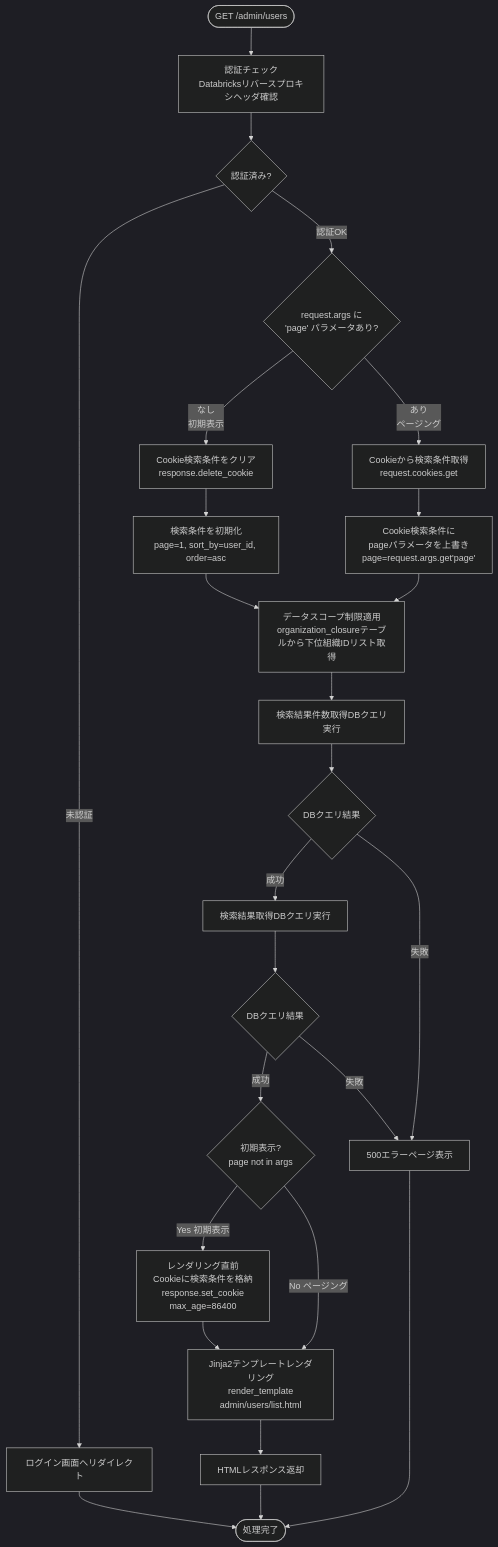
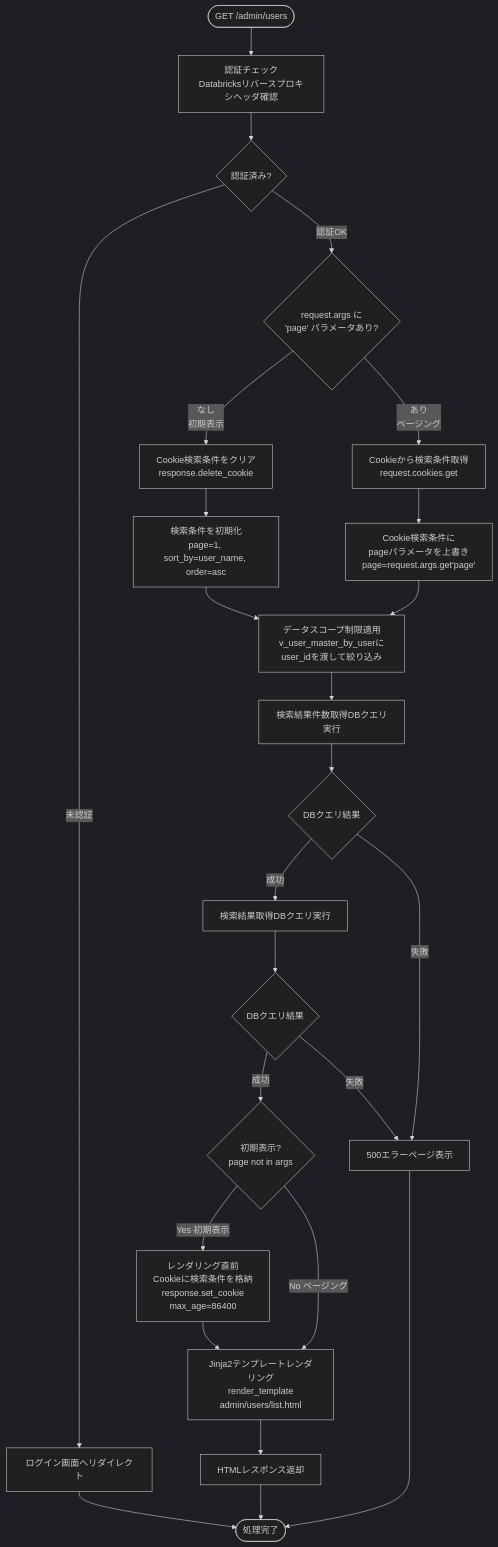
The first of 8 diagrams in docs/03-features/flask-app/users/workflow-specification.md (NSW-SVCP-AIWG002/Databricks-IoT), drawn with Mermaid (dark theme) before and after one commit. The commit also changed other lines of this file and 139 other files, not shown here.

````diff
--- a/docs/03-features/flask-app/users/workflow-specification.md
+++ b/docs/03-features/flask-app/users/workflow-specification.md
@@ -161,38 +161,38 @@
 ```mermaid
 flowchart TD
     Start([GET /admin/users]) --> Auth[認証チェック<br>Databricksリバースプロキシヘッダ確認]
     Auth --> CheckAuth{認証済み?}
     CheckAuth -->|未認証| LoginRedirect[ログイン画面へリダイレクト]
 
     CheckAuth -->|認証OK| CheckPage{request.args に<br>'page' パラメータあり?}
 
     CheckPage -->|なし<br>初期表示| ClearCookie[Cookie検索条件をクリア<br>response.delete_cookie]
     CheckPage -->|あり<br>ページング| GetCookie[Cookieから検索条件取得<br>request.cookies.get]
 
-    ClearCookie --> InitParams[検索条件を初期化<br>page=1, sort_by=user_id, order=asc]
+    ClearCookie --> InitParams[検索条件を初期化<br>page=1, sort_by=user_name, order=asc]
     GetCookie --> OverridePage[Cookie検索条件に<br>pageパラメータを上書き<br>page=request.args.get'page']
 
-    InitParams --> Scope[データスコープ制限適用<br>organization_closureテーブルから下位組織IDリスト取得]
+    InitParams --> Scope[データスコープ制限適用<br>v_user_master_by_userにuser_idを渡して絞り込み]
     OverridePage --> Scope
 
     Scope --> Count[検索結果件数取得DBクエリ実行]
     Count --> CheckDB0{DBクエリ結果}
 
     CheckDB0 -->|成功| Query[検索結果取得DBクエリ実行]
     CheckDB0 -->|失敗| Error500[500エラーページ表示]
 
     Query --> CheckDB{DBクエリ結果}
 
     CheckDB -->|成功| CheckInitial{初期表示?<br>page not in args}
     CheckDB -->|失敗| Error500
 
     CheckInitial -->|Yes 初期表示| SaveCookie[レンダリング直前<br>Cookieに検索条件を格納<br>response.set_cookie<br>max_age=86400]
     CheckInitial -->|No ページング| Template[Jinja2テンプレートレンダリング<br>render_template<br>admin/users/list.html]
 
     SaveCookie --> Template
     Template --> Response[HTMLレスポンス返却]
 
     LoginRedirect --> End([処理完了])
     Response --> End
     Error500 --> End
 ```
````
